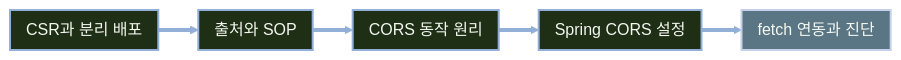
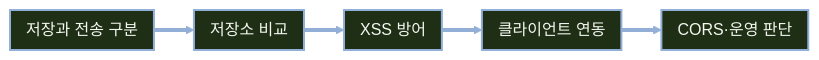
Before and after one commit to qus0in/slide-maker: the first of 5 diagrams in slides.md, drawn with Mermaid. The commit also changed other lines of this file, not shown here.

Commit message:
feat(slides) : JWT 토큰 저장 전략과 XSS 방어 교안 슬라이드 업데이트

````diff
--- a/slides.md
+++ b/slides.md
@@ -91,24 +90,22 @@
 ```mermaid
 ---
 config:
   themeVariables:
     lineColor: "#92AFD7"
     arrowheadColor: "#92AFD7"
     edgeLabelBackground: "#1F2F16"
   flowchart:
     padding: 8
     nodeSpacing: 40
     rankSpacing: 40
 ---
 flowchart LR
-  A["CSR과 분리 배포"] --> B["출처와 SOP"]
-  B --> C["CORS 동작 원리"]
-  C --> D["Spring CORS 설정"]
-  D --> E["fetch 연동과 진단"]
+  A["저장과 전송 구분"] --> B["저장소 비교"]
+  B --> C["XSS 방어"]
+  C --> D["클라이언트 연동"]
+  D --> E["CORS·운영 판단"]
 
-  class A,B,C,D step
-  class E result
+  class A,B,C,D,E step
   classDef step fill:#1F2F16,stroke:#92AFD7,color:#F4F7F0,stroke-width:2px
-  classDef result fill:#5A7684,stroke:#C5D1EB,color:#F4F7F0,stroke-width:2px
   linkStyle default stroke:#92AFD7,stroke-width:4px
 ```
````
